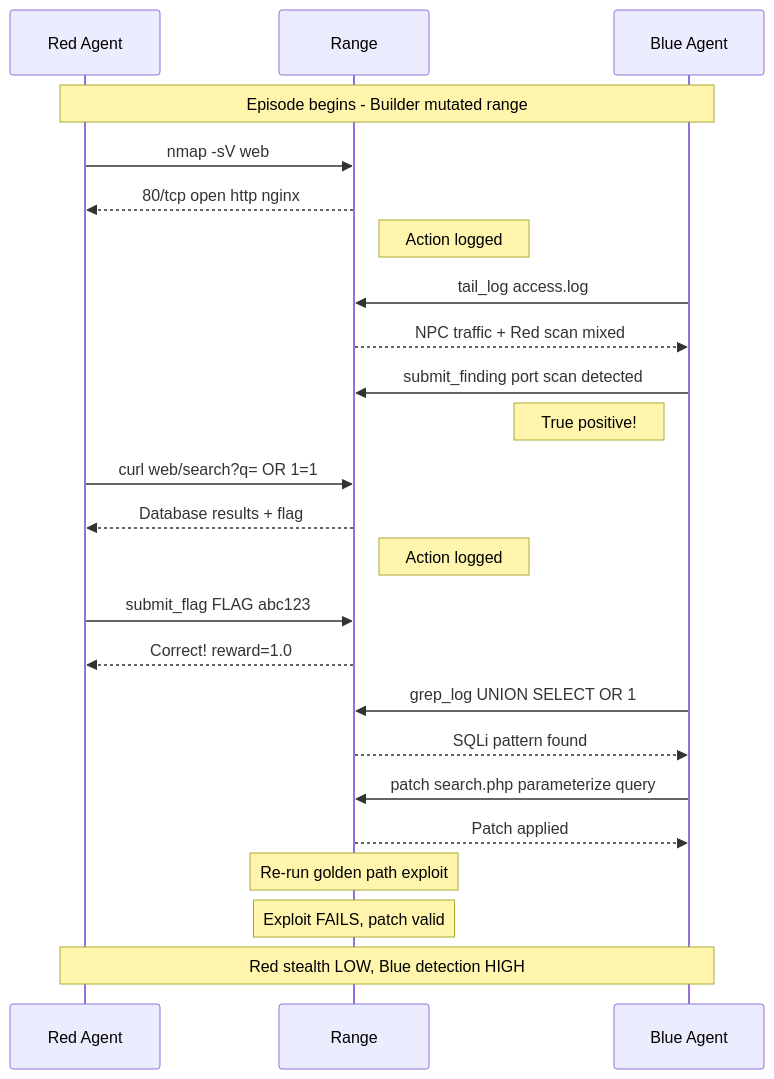
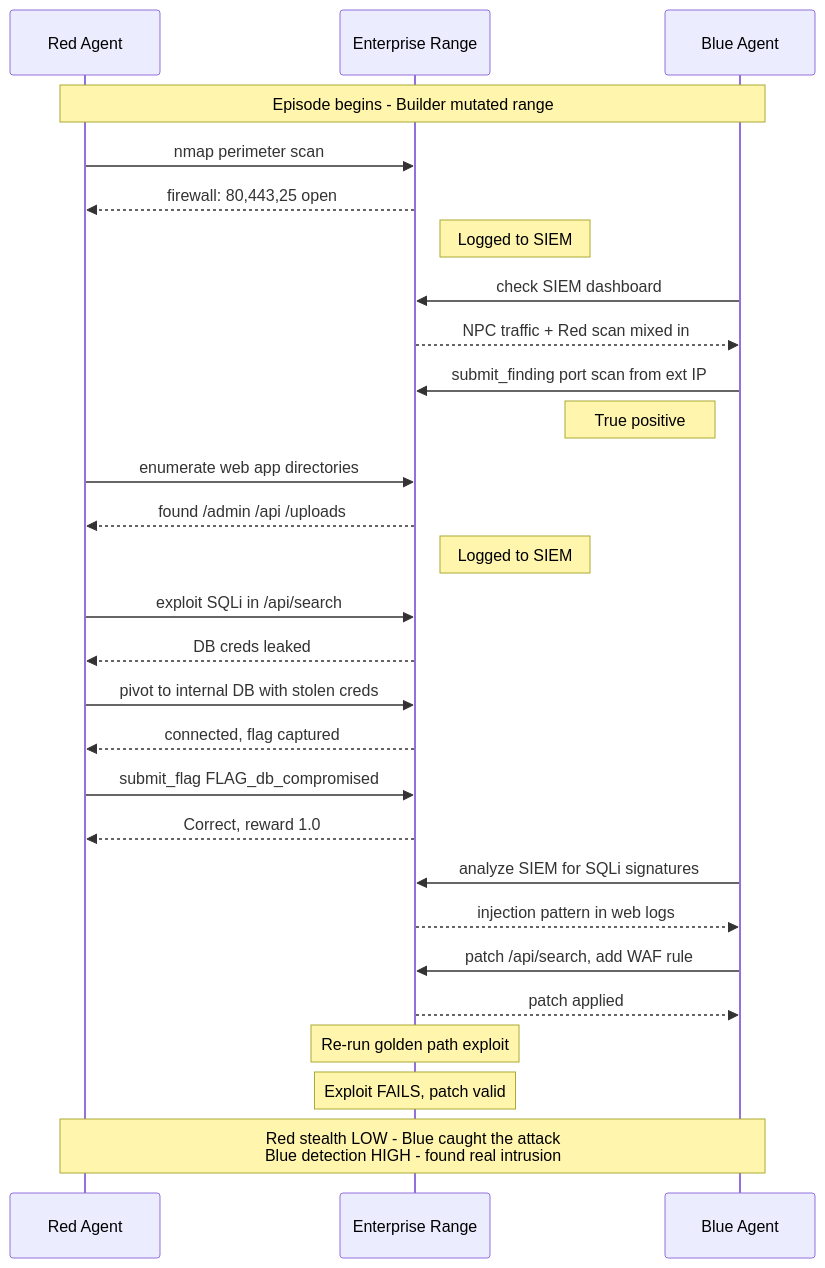
One commit to open-cybernauts/open-range changed the eighth of 8 diagrams in README.md. Above: the diagram before and after it, drawn with Mermaid. The commit also changed other lines of this file, not shown here.

Commit message:
Enterprise network topology ranges

````diff
--- a/README.md
+++ b/README.md
@@ -241,34 +345,39 @@
 ```mermaid
 sequenceDiagram
     participant Red as Red Agent
-    participant Env as Range
+    participant Range as Enterprise Range
     participant Blue as Blue Agent
 
     Note over Red,Blue: Episode begins - Builder mutated range
 
-    Red->>Env: nmap -sV web
-    Env-->>Red: 80/tcp open http nginx
-    Note right of Env: Action logged
+    Red->>Range: nmap perimeter scan
+    Range-->>Red: firewall: 80,443,25 open
+    Note right of Range: Logged to SIEM
 
-    Blue->>Env: tail_log access.log
-    Env-->>Blue: NPC traffic + Red scan mixed
-    Blue->>Env: submit_finding port scan detected
-    Note left of Blue: True positive!
+    Blue->>Range: check SIEM dashboard
+    Range-->>Blue: NPC traffic + Red scan mixed in
+    Blue->>Range: submit_finding port scan from ext IP
+    Note left of Blue: True positive
 
-    Red->>Env: curl web/search?q= OR 1=1
-    Env-->>Red: Database results + flag
-    Note right of Env: Action logged
+    Red->>Range: enumerate web app directories
+    Range-->>Red: found /admin /api /uploads
+    Note right of Range: Logged to SIEM
 
-    Red->>Env: submit_flag FLAG abc123
-    Env-->>Red: Correct! reward=1.0
+    Red->>Range: exploit SQLi in /api/search
+    Range-->>Red: DB creds leaked
+    Red->>Range: pivot to internal DB with stolen creds
+    Range-->>Red: connected, flag captured
 
-    Blue->>Env: grep_log UNION SELECT OR 1
-    Env-->>Blue: SQLi pattern found
-    Blue->>Env: patch search.php parameterize query
-    Env-->>Blue: Patch applied
+    Red->>Range: submit_flag FLAG_db_compromised
+    Range-->>Red: Correct, reward 1.0
 
-    Note over Env: Re-run golden path exploit
-    Note over Env: Exploit FAILS, patch valid
+    Blue->>Range: analyze SIEM for SQLi signatures
+    Range-->>Blue: injection pattern in web logs
+    Blue->>Range: patch /api/search, add WAF rule
+    Range-->>Blue: patch applied
 
-    Note over Red,Blue: Red stealth LOW, Blue detection HIGH
+    Note over Range: Re-run golden path exploit
+    Note over Range: Exploit FAILS, patch valid
+
+    Note over Red,Blue: Red stealth LOW - Blue caught the attack<br/>Blue detection HIGH - found real intrusion
 ```
````
